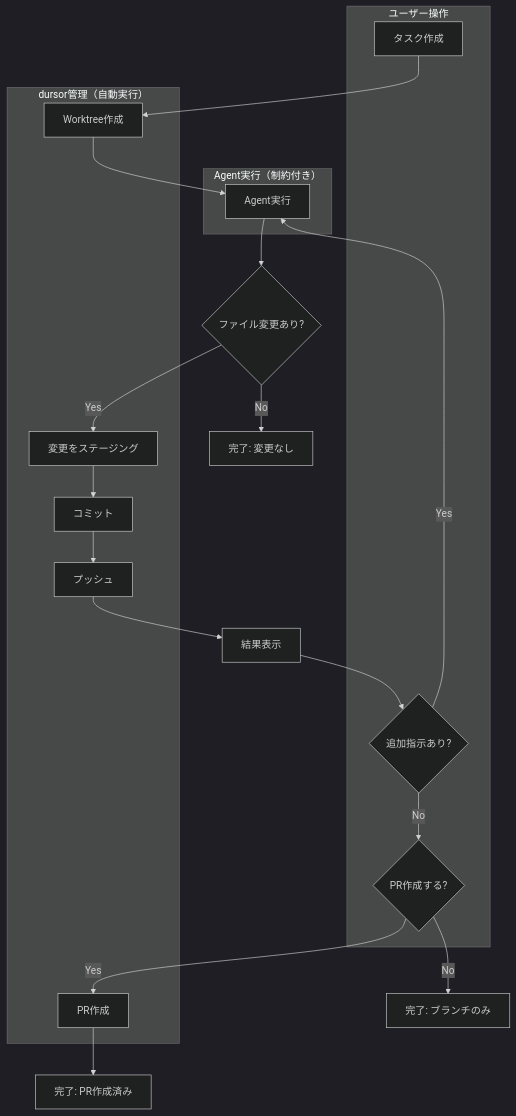
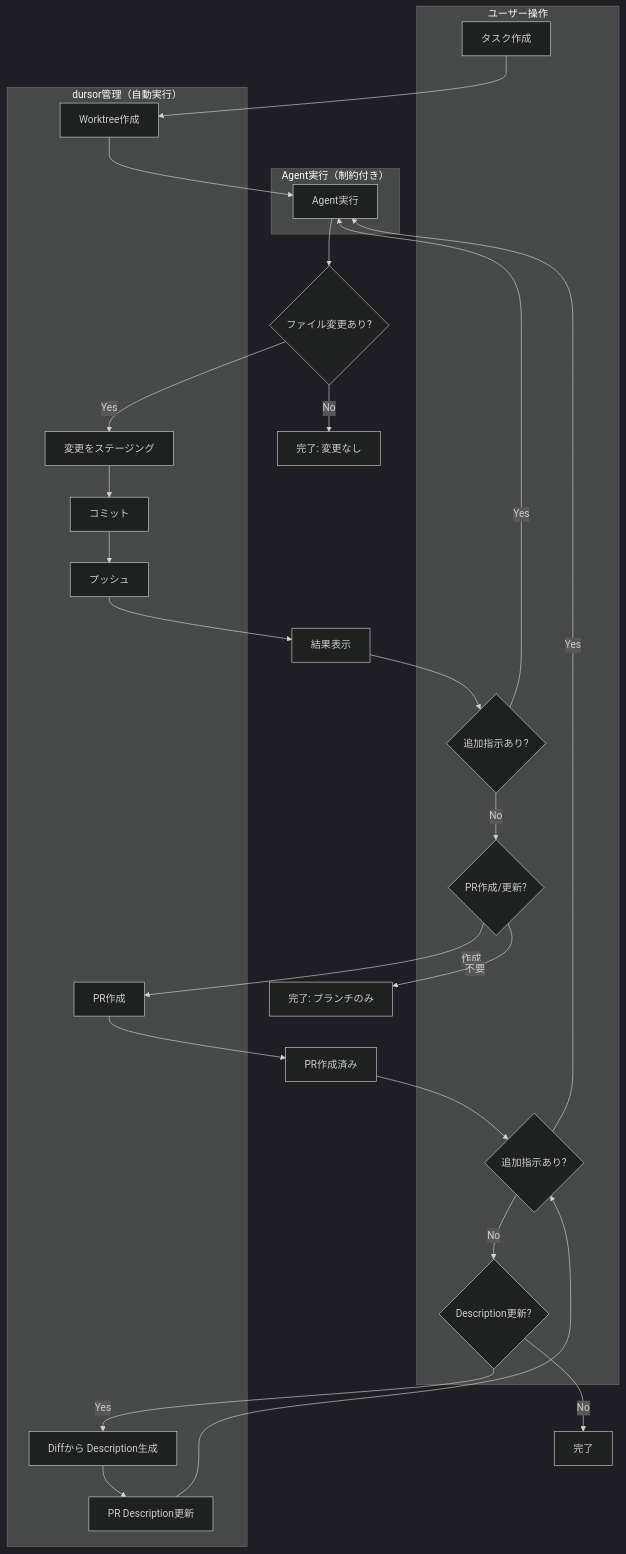
Before and after one commit to hampen2929/zloth: the fifth of 9 diagrams in docs/git_operation_design.md, drawn with Mermaid (dark theme). The commit also changed other lines of this file, not shown here.

````diff
--- a/docs/git_operation_design.md
+++ b/docs/git_operation_design.md
@@ -169,35 +169,46 @@
 ```mermaid
 flowchart TD
     A[タスク作成] --> B[Worktree作成]
     B --> C[Agent実行]
     C --> D{ファイル変更あり?}
     D -->|Yes| E[変更をステージング]
     D -->|No| F[完了: 変更なし]
     E --> G[コミット]
     G --> H[プッシュ]
     H --> I[結果表示]
     I --> J{追加指示あり?}
     J -->|Yes| C
-    J -->|No| K{PR作成する?}
-    K -->|Yes| L[PR作成]
-    K -->|No| M[完了: ブランチのみ]
-    L --> N[完了: PR作成済み]
+    J -->|No| K{PR作成/更新?}
+    K -->|作成| L[PR作成]
+    K -->|不要| M[完了: ブランチのみ]
+    L --> N[PR作成済み]
+    N --> O{追加指示あり?}
+    O -->|Yes| C
+    O -->|No| P{Description更新?}
+    P -->|Yes| Q[Diffから Description生成]
+    Q --> R[PR Description更新]
+    R --> O
+    P -->|No| S[完了]
     
     subgraph "Agent実行（制約付き）"
         C
     end
     
     subgraph "dursor管理（自動実行）"
         B
         E
         G
         H
         L
+        Q
+        R
     end
     
     subgraph "ユーザー操作"
         A
         J
         K
+        O
+        P
     end
 ```
````
